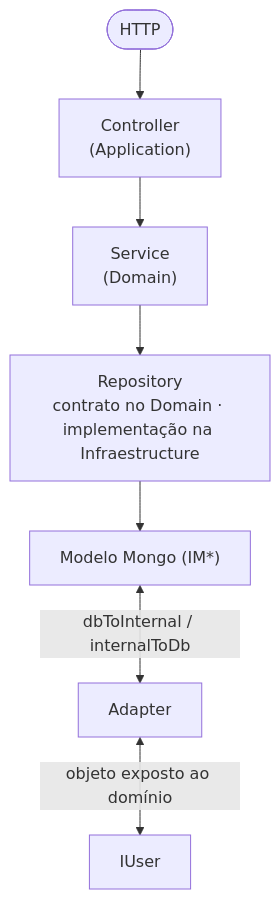
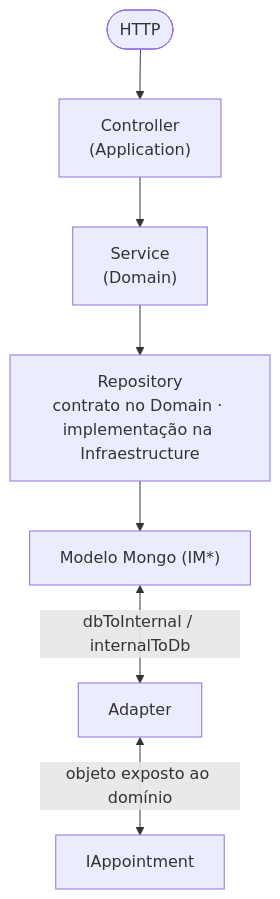
The first of 8 diagrams in docs/arquitetura-e-camadas.md (FilipePaixao/api-fin-control), drawn with Mermaid before and after one commit. The commit also changed other lines of this file and 14 other files, not shown here.

Commit message:
feat: add new agents and rules for architectural review, development, testing, and verification in Node.js/TypeScript project

````diff
--- a/docs/arquitetura-e-camadas.md
+++ b/docs/arquitetura-e-camadas.md
@@ -20,9 +20,9 @@
 ```mermaid
 flowchart TB
   HTTP([HTTP]) --> CTRL["Controller<br/>(Application)"]
   CTRL --> SRV["Service<br/>(Domain)"]
   SRV --> REPO["Repository<br/>contrato no Domain · implementação na Infraestructure"]
   REPO --> IM["Modelo Mongo (IM*)"]
   IM <-->|dbToInternal / internalToDb| ADP["Adapter"]
-  ADP <-->|objeto exposto ao domínio| IU["IUser"]
+  ADP <-->|objeto exposto ao domínio| IU["IAppointment"]
 ```
````
